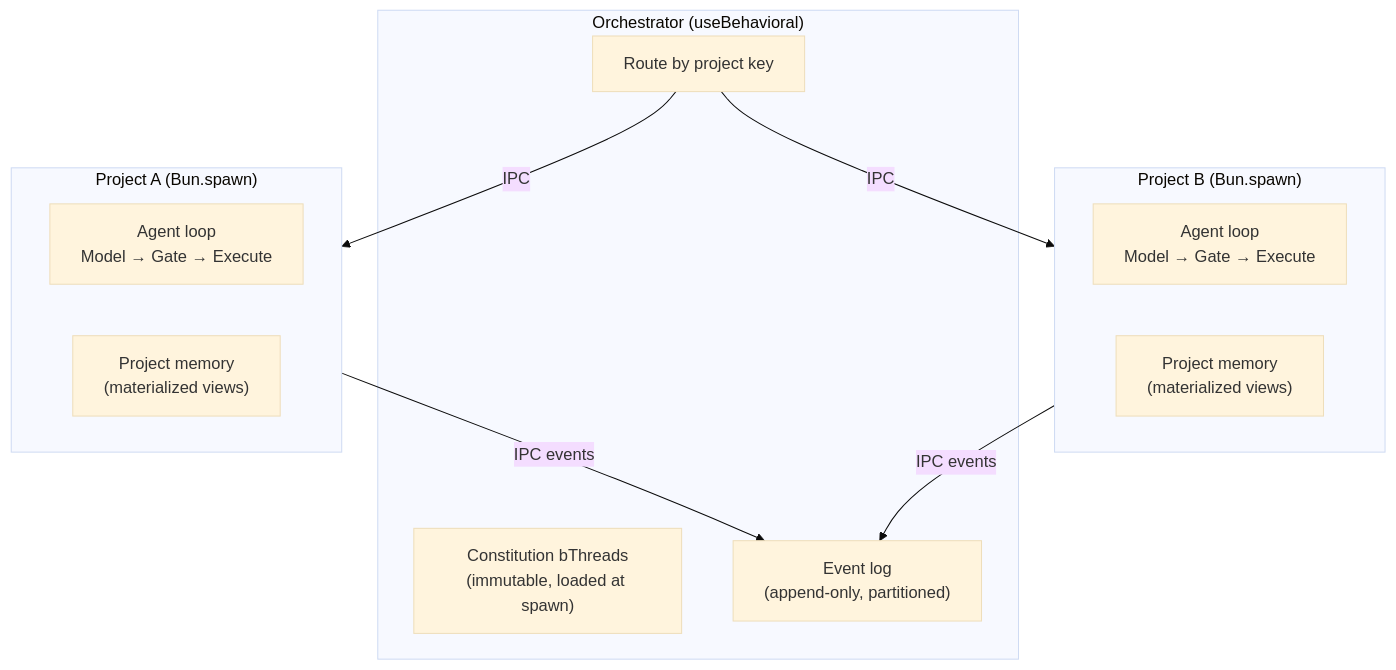
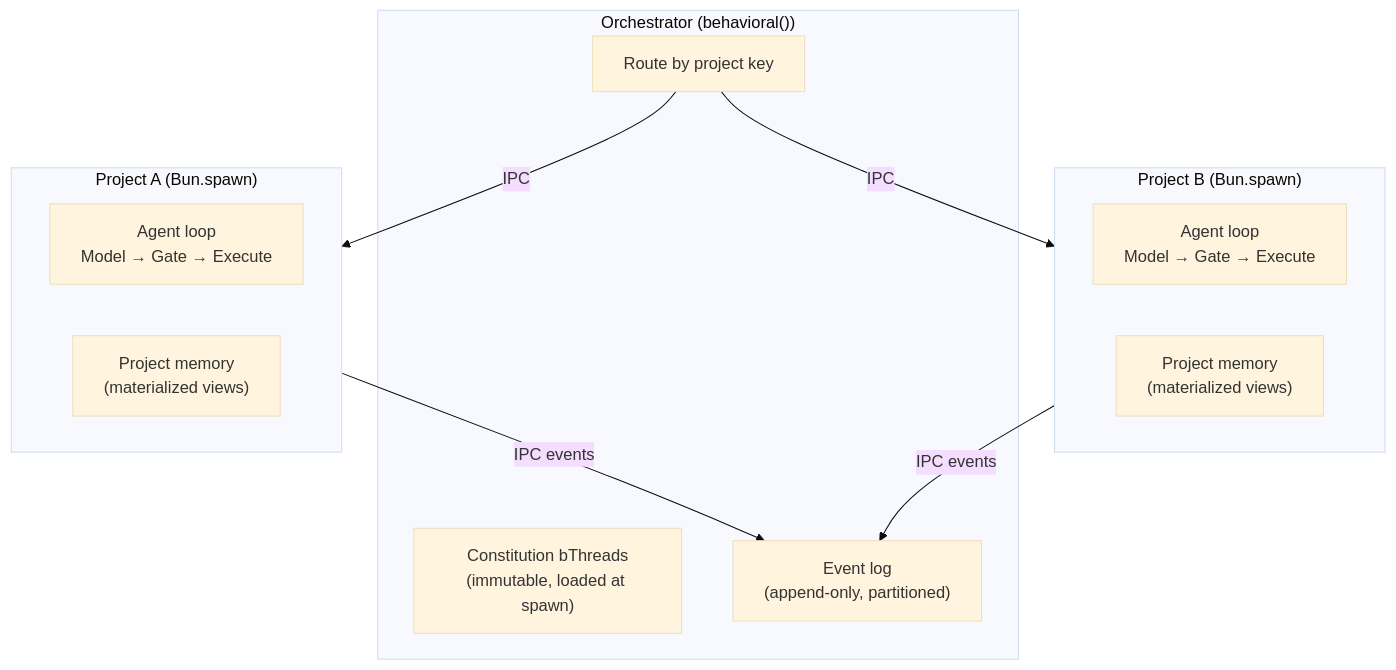
Before and after one commit to plaited/plaited: the second of 3 diagrams in docs/SYSTEM-DESIGN-V3.md, drawn with Mermaid (base theme). The commit also changed other lines of this file and 236 other files, not shown here.

````diff
--- a/docs/SYSTEM-DESIGN-V3.md
+++ b/docs/SYSTEM-DESIGN-V3.md
@@ -526,23 +530,23 @@
 ```mermaid
 graph TD
-    subgraph Orchestrator["Orchestrator (useBehavioral)"]
+    subgraph Orchestrator["Orchestrator (behavioral())"]
         ROUTE["Route by project key"]
         CONST["Constitution bThreads<br/>(immutable, loaded at spawn)"]
         LOG["Event log<br/>(append-only, partitioned)"]
     end
 
     subgraph P1["Project A (Bun.spawn)"]
         REF1["Agent loop<br/>Model → Gate → Execute"]
         MEM1["Project memory<br/>(materialized views)"]
     end
 
     subgraph P2["Project B (Bun.spawn)"]
         REF2["Agent loop<br/>Model → Gate → Execute"]
         MEM2["Project memory<br/>(materialized views)"]
     end
 
     ROUTE -->|IPC| P1
     ROUTE -->|IPC| P2
     P1 -->|IPC events| LOG
     P2 -->|IPC events| LOG
 ```
````
